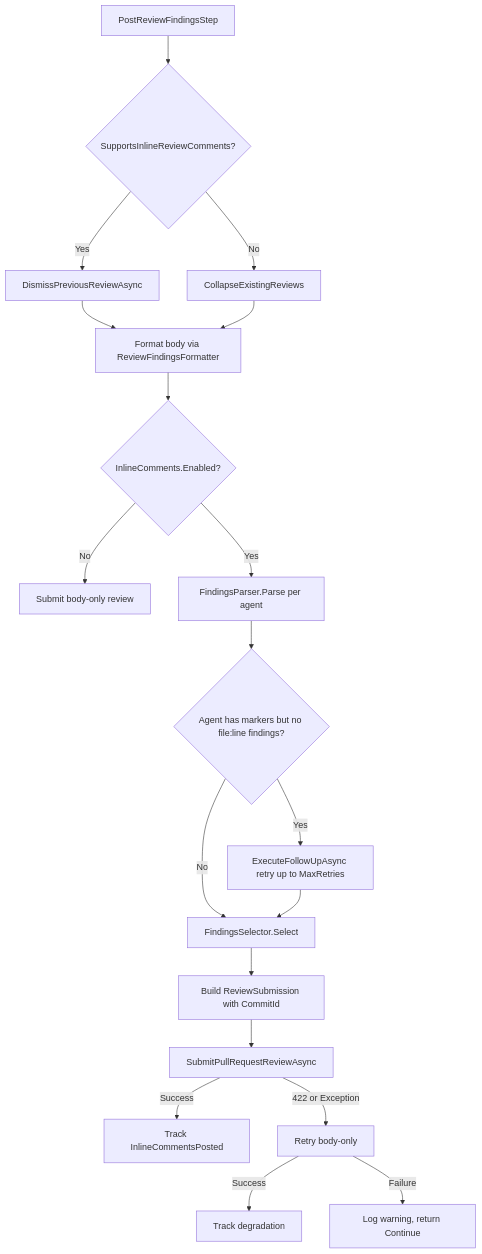
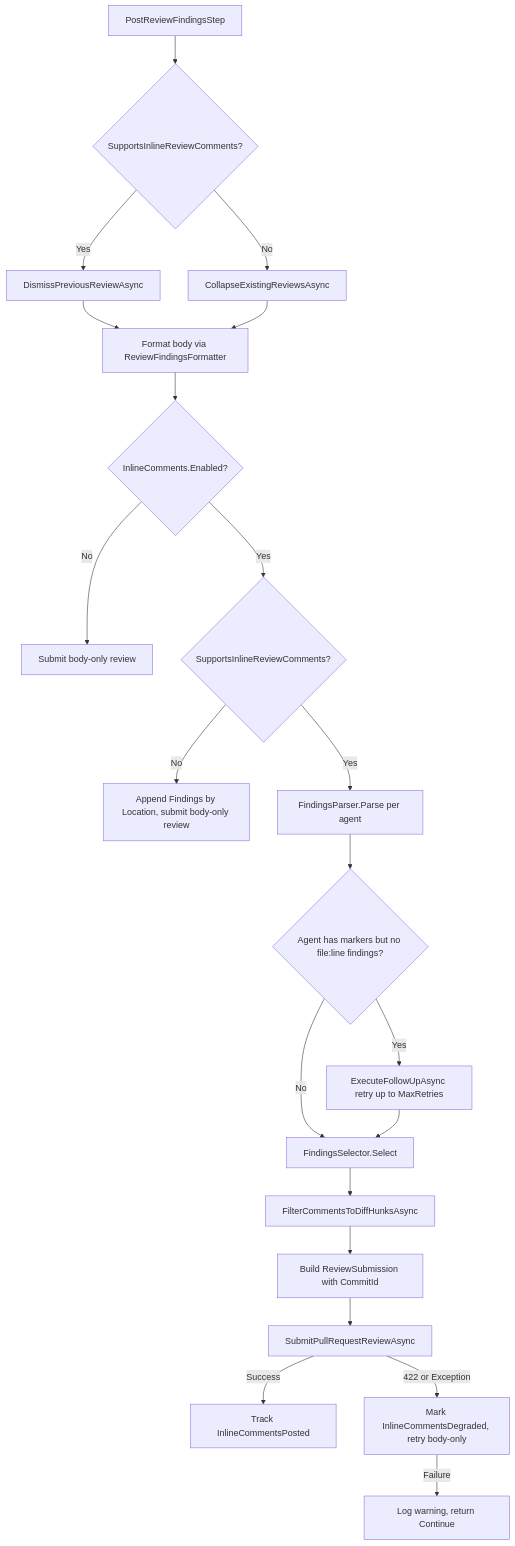
One commit to Chemsorly/coding-agent-automation changed the diagram in docs/internals/inline-comments-implementation.md. Above: the diagram before and after it, drawn with Mermaid. The commit also changed other lines of this file, not shown here.

First line of the commit message:
docs: Reconcile docs/internals/inline-comments-implementation.md with the code

````diff
--- a/docs/internals/inline-comments-implementation.md
+++ b/docs/internals/inline-comments-implementation.md
@@ -23,21 +23,23 @@
 ```mermaid
 flowchart TD
     A[PostReviewFindingsStep] --> B{SupportsInlineReviewComments?}
     B -->|Yes| C[DismissPreviousReviewAsync]
-    B -->|No| D[CollapseExistingReviews]
+    B -->|No| D[CollapseExistingReviewsAsync]
     C --> E[Format body via ReviewFindingsFormatter]
     D --> E
     E --> F{InlineComments.Enabled?}
     F -->|No| G[Submit body-only review]
-    F -->|Yes| H[FindingsParser.Parse per agent]
+    F -->|Yes| F2{SupportsInlineReviewComments?}
+    F2 -->|No| G2[Append Findings by Location, submit body-only review]
+    F2 -->|Yes| H[FindingsParser.Parse per agent]
     H --> I{Agent has markers but no file:line findings?}
     I -->|Yes| J[ExecuteFollowUpAsync retry up to MaxRetries]
     I -->|No| K[FindingsSelector.Select]
     J --> K
-    K --> L[Build ReviewSubmission with CommitId]
+    K --> K2[FilterCommentsToDiffHunksAsync]
+    K2 --> L[Build ReviewSubmission with CommitId]
     L --> M[SubmitPullRequestReviewAsync]
     M -->|Success| N[Track InlineCommentsPosted]
-    M -->|422 or Exception| O[Retry body-only]
-    O -->|Success| P[Track degradation]
+    M -->|422 or Exception| O[Mark InlineCommentsDegraded, retry body-only]
     O -->|Failure| Q[Log warning, return Continue]
 ```
````
